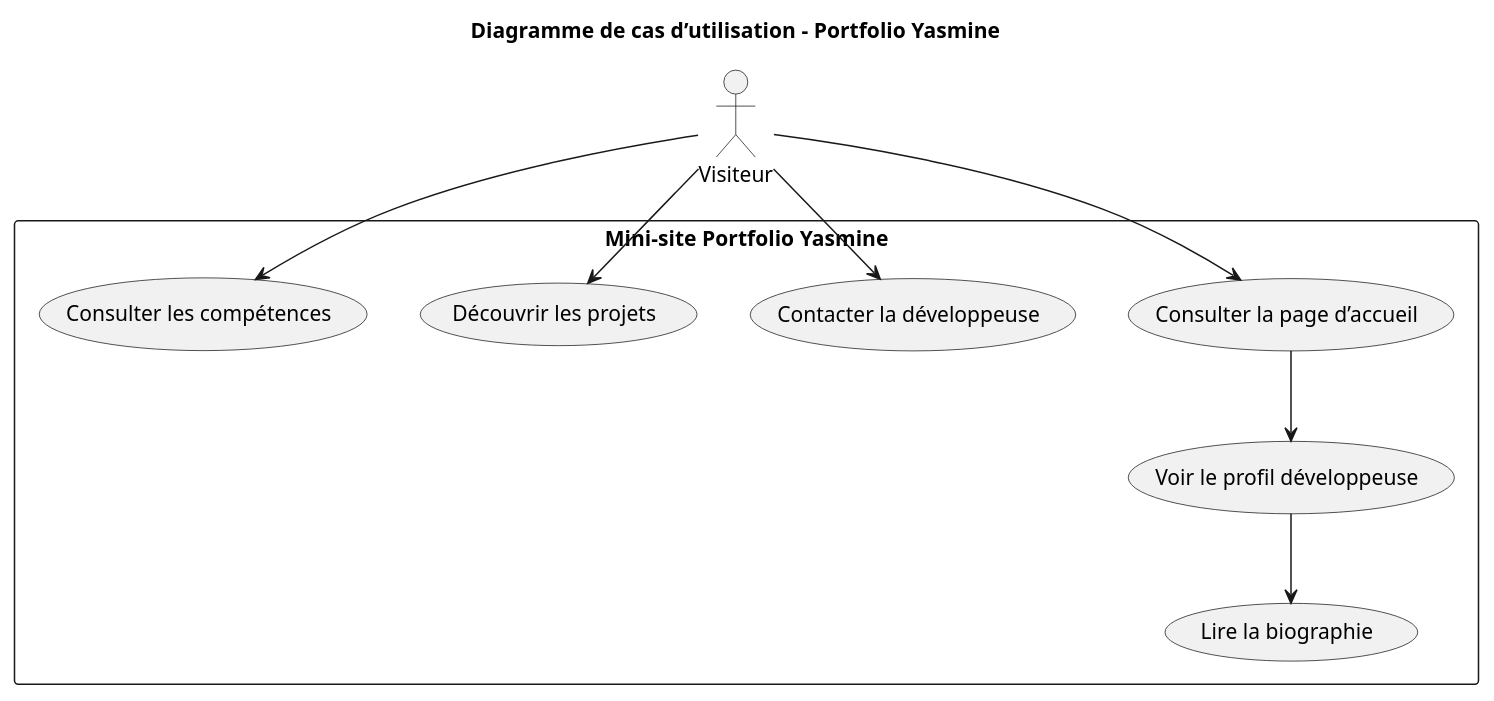
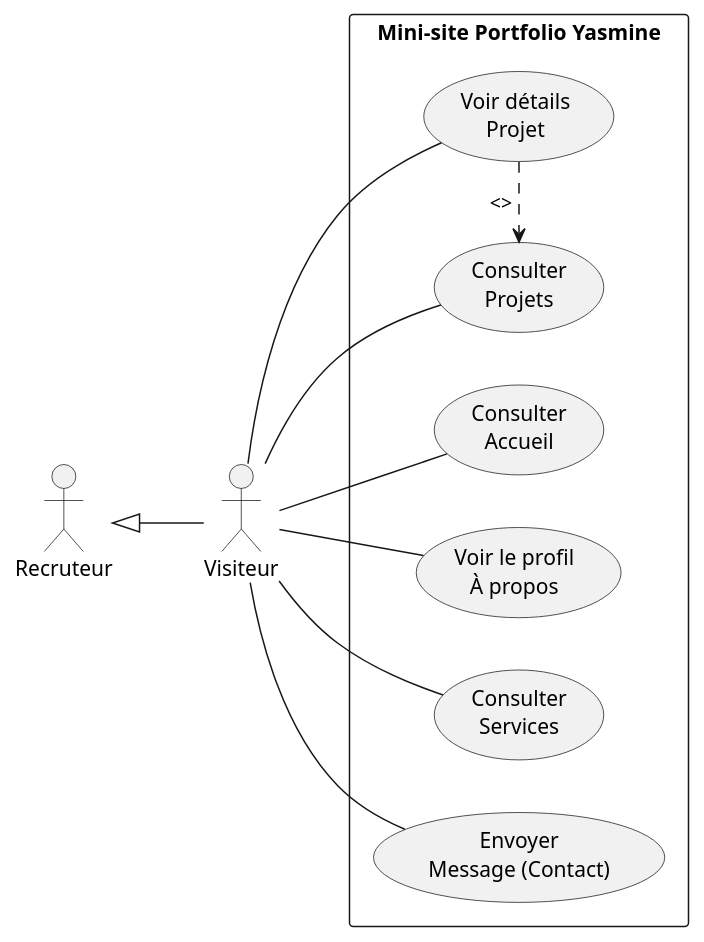
The diagram in analyse/diagram.puml (fadhub/Analyse), drawn with PlantUML before and after one commit.

Commit message:
Mise à jour du diagram.puml

```diff
--- a/analyse/diagram.puml
+++ b/analyse/diagram.puml
@@ -1,22 +1,27 @@
 @startuml
-title Diagramme de cas d’utilisation – Portfolio Yasmine
+left to right direction
+skinparam packageStyle rectangle
 
-actor "Visiteur" as V
+actor "Visiteur" as Visitor
+actor "Recruteur" as Recruiter
+Recruiter <|-- Visitor
 
 rectangle "Mini-site Portfolio Yasmine" {
-    usecase "Consulter la page d’accueil" as UC1
-    usecase "Voir le profil développeuse" as UC2
-    usecase "Lire la biographie" as UC3
-    usecase "Contacter la développeuse" as UC4
-    usecase "Découvrir les projets" as UC5
-    usecase "Consulter les compétences" as UC6
+  usecase "Consulter\nAccueil" as UC_Home
+  usecase "Voir le profil\nÀ propos" as UC_About
+  usecase "Consulter\nProjets" as UC_Projects
+  usecase "Voir détails\nProjet" as UC_ProjectDetails
+  usecase "Consulter\nServices" as UC_Services
+  usecase "Envoyer\nMessage (Contact)" as UC_Contact
 }
 
-V --> UC1
-UC1 --> UC2
-UC2 --> UC3
-V --> UC4
-V --> UC5
-V --> UC6
+Visitor -- UC_Home
+Visitor -- UC_About
+Visitor -- UC_Projects
+Visitor -- UC_ProjectDetails
+Visitor -- UC_Services
+Visitor -- UC_Contact
 
+' Optionnel : relations de dépendance/extension
+UC_ProjectDetails .> UC_Projects : <>
 @enduml
```
